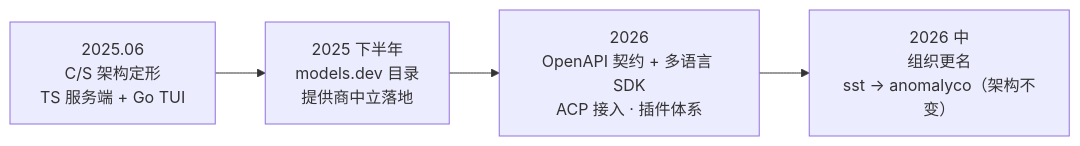
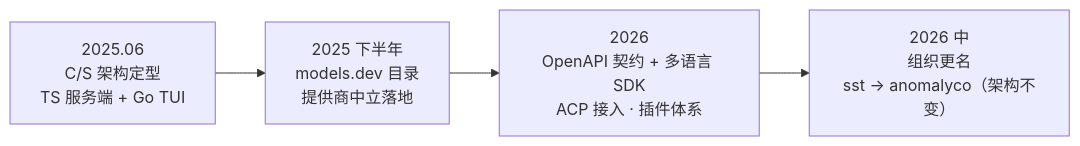
Before and after one commit to chongyi/deep-dive-agents: the first of 2 diagrams in src/part2/ch15-opencode.md, drawn with Mermaid. The commit also changed other lines of this file and 14 other files, not shown here.

````diff
--- a/src/part2/ch15-opencode.md
+++ b/src/part2/ch15-opencode.md
@@ -15,6 +15,6 @@
 ```mermaid
 flowchart LR
-    a["2025.06<br/>C/S 架构定形<br/>TS 服务端 + Go TUI"] --> b["2025 下半年<br/>models.dev 目录<br/>提供商中立落地"]
+    a["2025.06<br/>C/S 架构定型<br/>TS 服务端 + Go TUI"] --> b["2025 下半年<br/>models.dev 目录<br/>提供商中立落地"]
     b --> c["2026<br/>OpenAPI 契约 + 多语言 SDK<br/>ACP 接入 · 插件体系"]
     c --> d["2026 中<br/>组织更名<br/>sst → anomalyco（架构不变）"]
 ```
````
